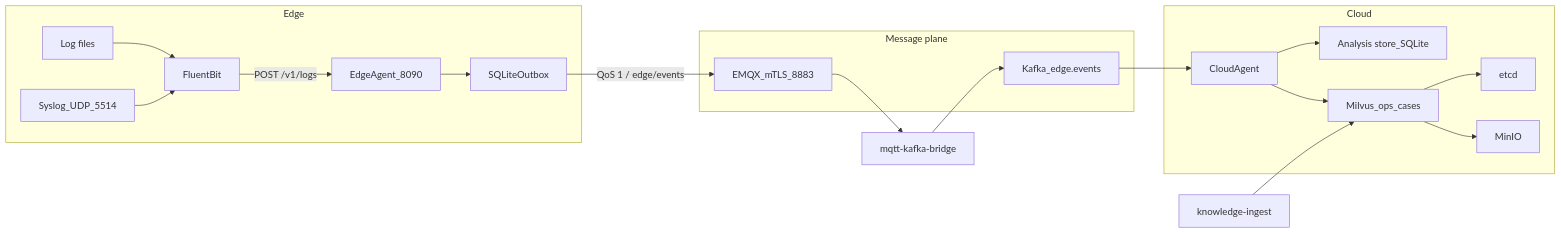
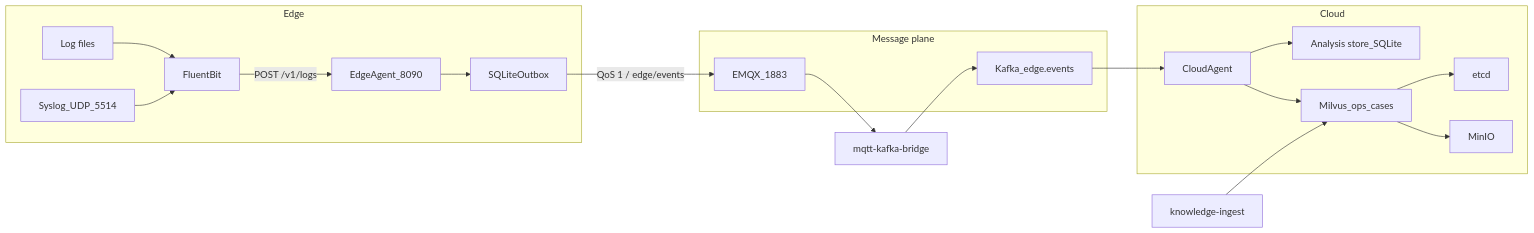
The first of 3 diagrams in README.md (fanqingsong/edge-semantic-compress-intelligence), drawn with Mermaid before and after one commit. The commit also changed other lines of this file and 19 other files, not shown here.

````diff
--- a/README.md
+++ b/README.md
@@ -15,32 +15,32 @@
 ```mermaid
 flowchart LR
 	subgraph EdgeDeploy[Edge]
 		LogFiles[Log files] --> FluentBit[FluentBit]
 		SyslogUdp[Syslog_UDP_5514] --> FluentBit
 		FluentBit -->|"POST /v1/logs"| EdgeAgent[EdgeAgent_8090]
 		EdgeAgent --> Outbox[SQLiteOutbox]
 	end
 
 	subgraph Broker[Message plane]
-		Emqx[EMQX_mTLS_8883]
+		Emqx[EMQX_1883]
 		Kafka[Kafka_edge.events]
 	end
 
 	subgraph CloudDeploy[Cloud]
 		CloudAgent[CloudAgent]
 		AnalysisDb[Analysis store_SQLite]
 		Milvus[Milvus_ops_cases]
 		Etcd[etcd]
 		Minio[MinIO]
 	end
 
 	KnowledgeCli[knowledge-ingest] --> Milvus
 	Outbox -->|"QoS 1 / edge/events"| Emqx
 	Emqx --> Bridge[mqtt-kafka-bridge]
 	Bridge --> Kafka
 	Kafka --> CloudAgent
 	CloudAgent --> AnalysisDb
 	CloudAgent --> Milvus
 	Milvus --> Etcd
 	Milvus --> Minio
 ```
````
